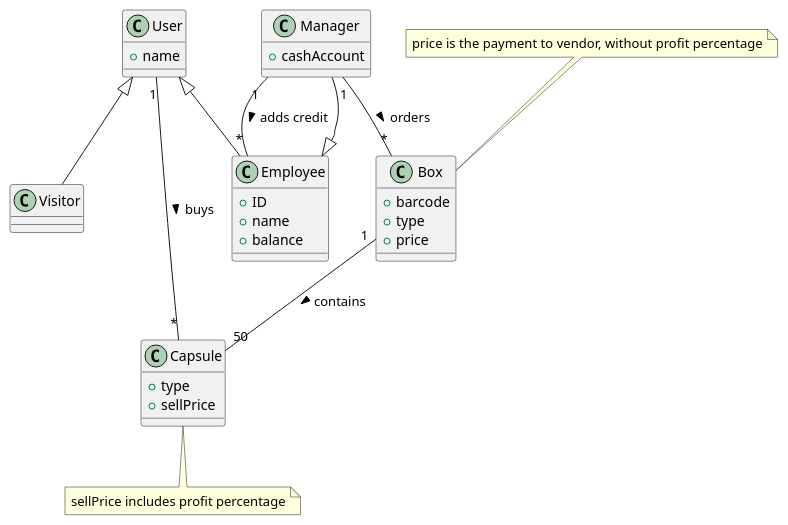
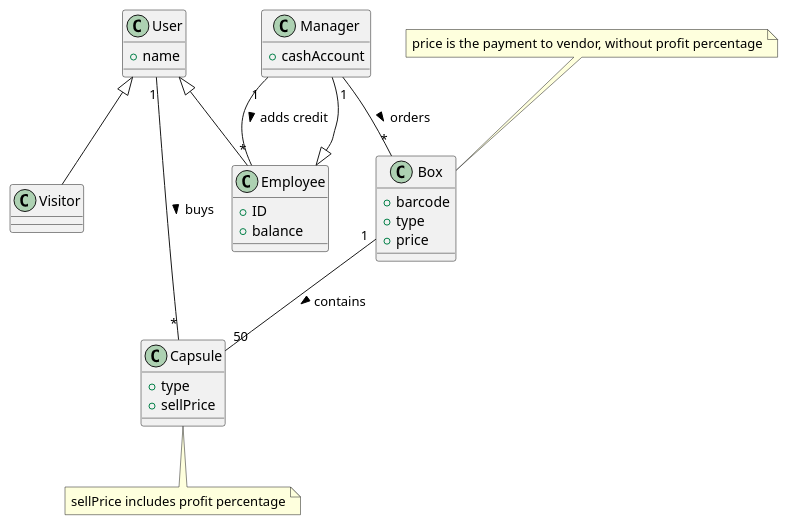
One commit to eloparco/LaTazza changed the third of 4 diagrams in requirements.md. Above: the diagram before and after it, drawn with PlantUML.

Commit message:
Fix in glossary: removed duplicated attribute in specialized class

````diff
--- a/requirements.md
+++ b/requirements.md
@@ -252,38 +252,37 @@
 ```plantuml
 class Manager {
 	+cashAccount
 }
 class Box {
 	+barcode
 	+type
 	+price
 }
 class Capsule {
 	+type
 	+sellPrice
 }
 class User {
 	+name
 }
 class Visitor {
 
 }
 class Employee {
 	+ID
-	+name
 	+balance
 }
 
 User <|-- Employee
 User <|-- Visitor
 Employee <|-- Manager
 Manager "1" -- "*" Box : orders >
 Box "1" -- "50" Capsule : contains > 
 User "1" -- "*" Capsule : buys >
 Manager "1" -- "*" Employee : adds credit >
 
 note "sellPrice includes profit percentage" as N1
 note "price is the payment to vendor, without profit percentage" as N2
 Capsule .. N1
 N2 .. Box
 ```
````
